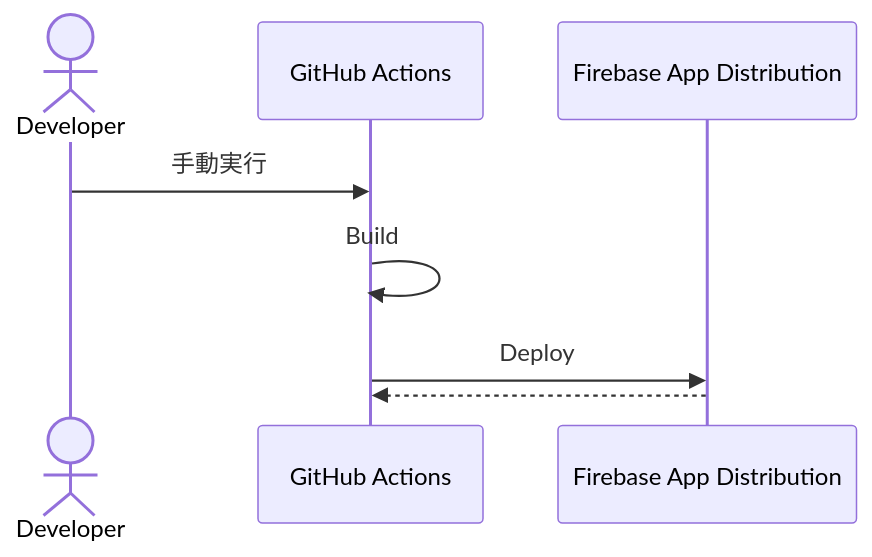
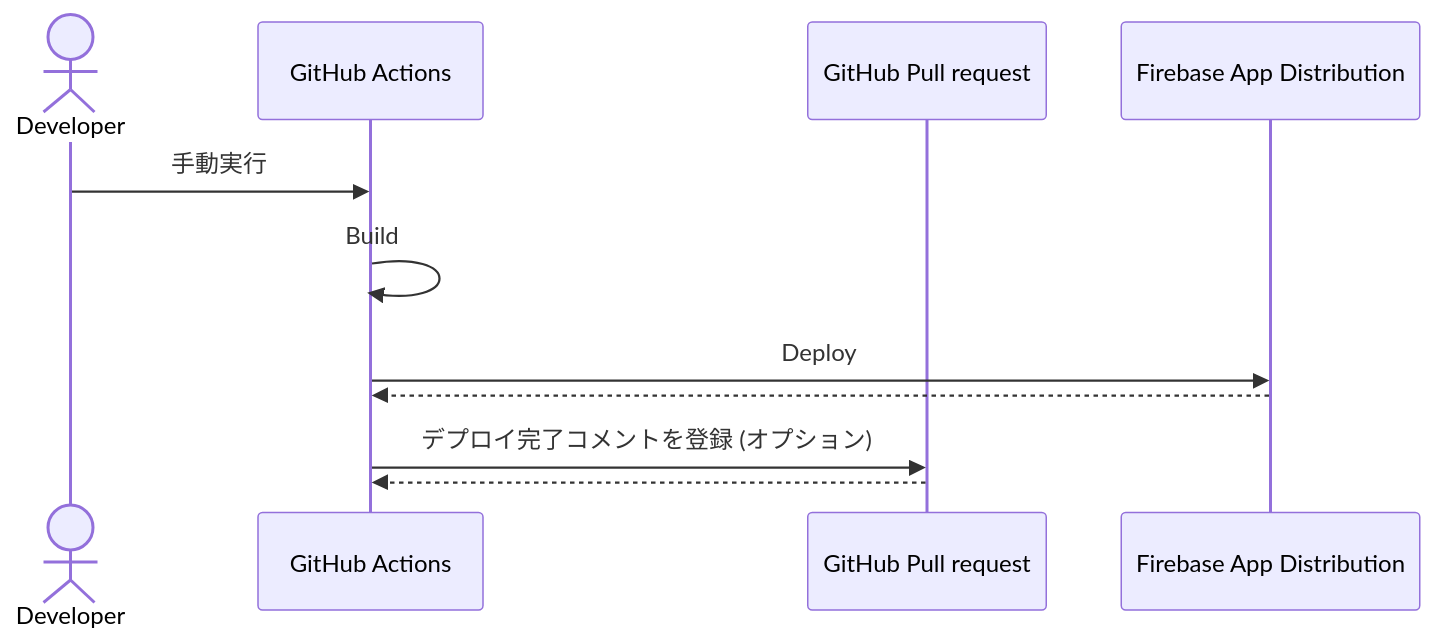
One commit to greendrop/flutter_news_sample changed the first of 5 diagrams in doc/architecture/continuous_delivery.md. Above: the diagram before and after it, drawn with Mermaid. The commit also changed other lines of this file and 2 other files, not shown here.

````diff
--- a/doc/architecture/continuous_delivery.md
+++ b/doc/architecture/continuous_delivery.md
@@ -13,11 +11,14 @@
 ```mermaid
 sequenceDiagram
   actor developer as Developer
   participant github_actions as GitHub Actions
+  participant github_pr as GitHub Pull request
   participant app_distribution as Firebase App Distribution
 
   developer ->> github_actions: 手動実行
   github_actions ->> github_actions: Build
   github_actions ->> app_distribution: Deploy
   app_distribution -->> github_actions: 
+  github_actions ->> github_pr: デプロイ完了コメントを登録 (オプション)
+  github_pr -->> github_actions: 
 ```
````
